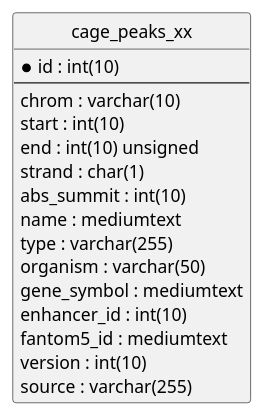
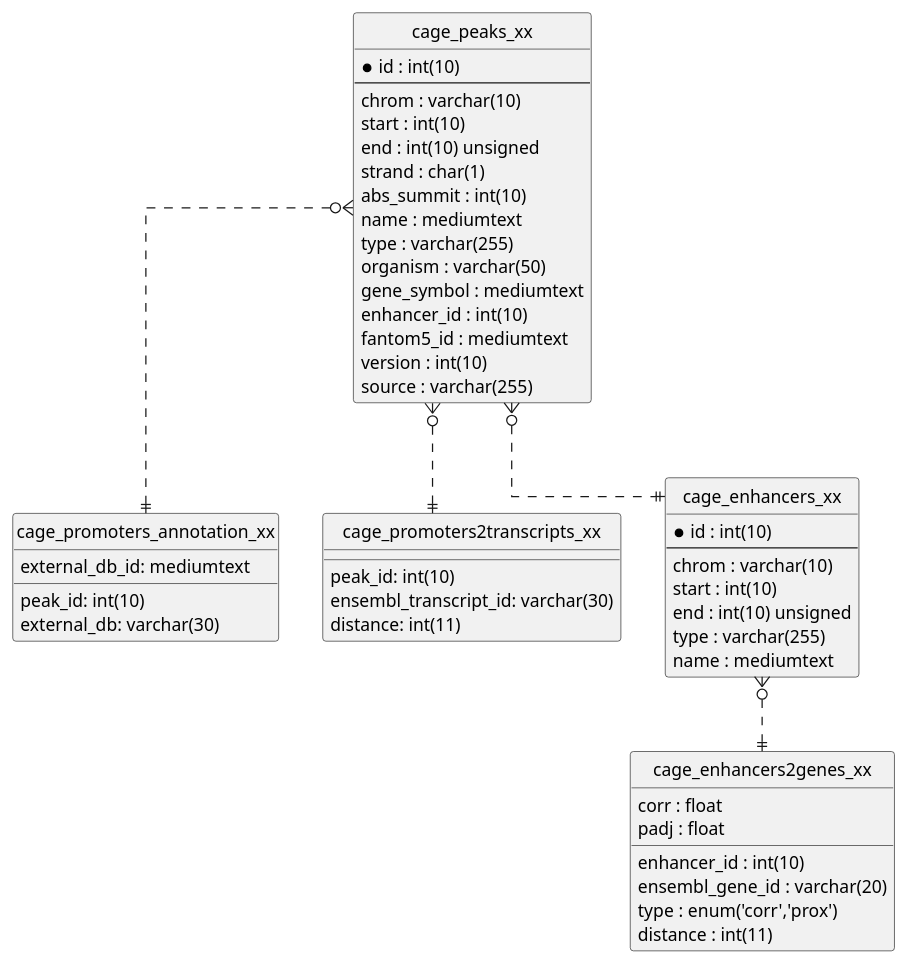
One commit to Biosoft-ru/gtrd-docs changed the diagram in source/diagrams/cage-seq.puml. Above: the diagram before and after it, drawn with PlantUML. The commit also changed 1 other file, not shown here.

Commit message:
cage-seq database description

```diff
--- a/source/diagrams/cage-seq.puml
+++ b/source/diagrams/cage-seq.puml
@@ -1,20 +1,56 @@
    hide circle
    skinparam linetype ortho
 
    entity "cage_peaks_xx" as peaks {
      *id : int(10)
      --
      chrom : varchar(10)
      start : int(10)
      end : int(10) unsigned 
      strand : char(1)
      abs_summit : int(10)
      name : mediumtext
      type : varchar(255)
      organism : varchar(50)
      gene_symbol : mediumtext
      enhancer_id : int(10)
      fantom5_id : mediumtext
      version : int(10)
      source : varchar(255)
    }
+
+   entity "cage_promoters_annotation_xx" as annotation {
+     peak_id: int(10)
+     external_db: varchar(30)
+     external_db_id: mediumtext
+   }
+
+   entity "cage_promoters2transcripts_xx" as transcripts {
+     peak_id: int(10)
+     ensembl_transcript_id: varchar(30)
+     distance: int(11)
+   }
+
+   entity "cage_enhancers_xx" as enhancers {
+     *id : int(10)
+     --
+     chrom : varchar(10)
+     start : int(10)
+     end : int(10) unsigned 
+     type : varchar(255)
+     name : mediumtext
+   }
+
+   entity "cage_enhancers2genes_xx" as enhancers2genes {
+     enhancer_id : int(10)
+     ensembl_gene_id : varchar(20)
+     type : enum('corr','prox')
+     distance : int(11)
+     corr : float
+     padj : float
+   }
+
+   peaks }o..|| annotation
+   peaks }o..|| transcripts
+   peaks }o..|| enhancers
+   enhancers }o..|| enhancers2genes
```
